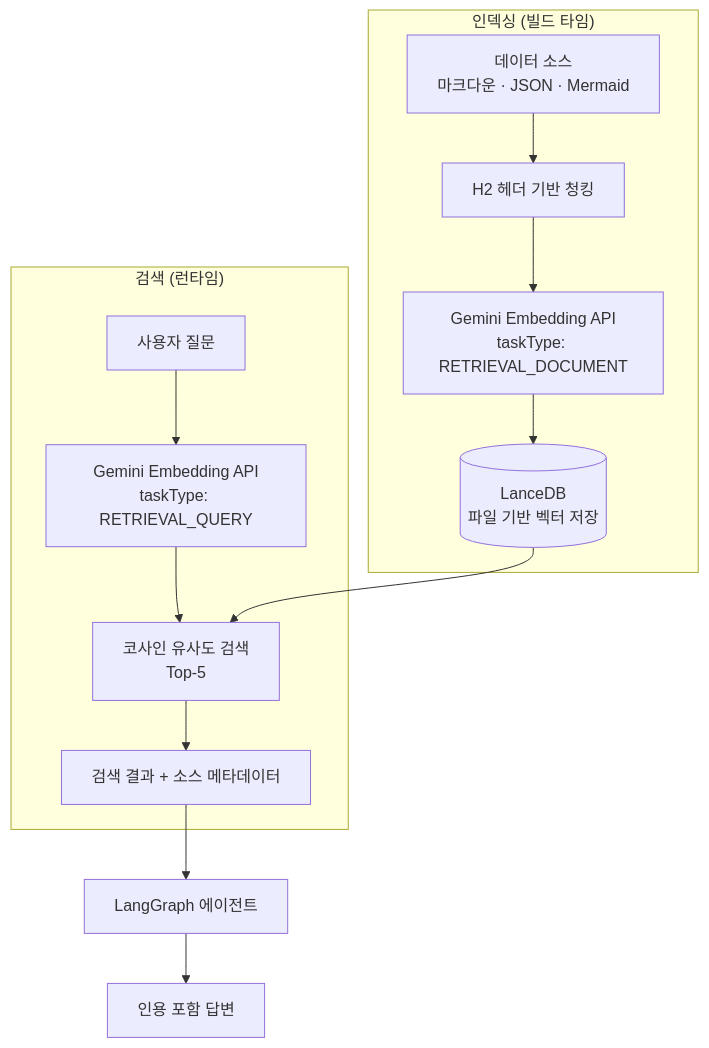
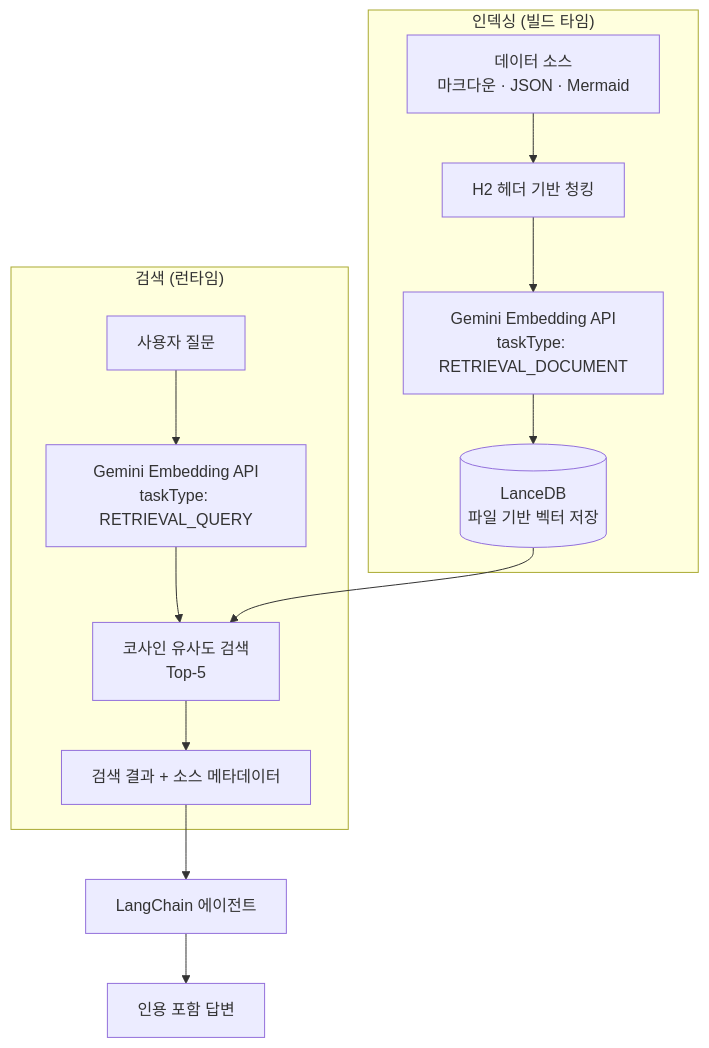
Before and after one commit to genie49/genie-cv: the first of 3 diagrams in data/content/notes/rag-pipeline.md, drawn with Mermaid. The commit also changed 16 other files, not shown here.

First line of the commit message:
refactor: LangGraph → LangChain 일괄 변경 + fingoo 프로젝트 설명 보강 + 기여 카드 가로 스크롤

````diff
--- a/data/content/notes/rag-pipeline.md
+++ b/data/content/notes/rag-pipeline.md
@@ -34,18 +34,18 @@
 ```mermaid
 flowchart TB
     subgraph "인덱싱 (빌드 타임)"
         Sources[데이터 소스<br/>마크다운 · JSON · Mermaid] --> Chunk[H2 헤더 기반 청킹]
         Chunk --> Embed[Gemini Embedding API<br/>taskType: RETRIEVAL_DOCUMENT]
         Embed --> Store[(LanceDB<br/>파일 기반 벡터 저장)]
     end
 
     subgraph "검색 (런타임)"
         Query[사용자 질문] --> QEmbed[Gemini Embedding API<br/>taskType: RETRIEVAL_QUERY]
         QEmbed --> Search[코사인 유사도 검색<br/>Top-5]
         Store --> Search
         Search --> Results[검색 결과 + 소스 메타데이터]
     end
 
-    Results --> Agent[LangGraph 에이전트]
+    Results --> Agent[LangChain 에이전트]
     Agent --> Response[인용 포함 답변]
 ```
````
